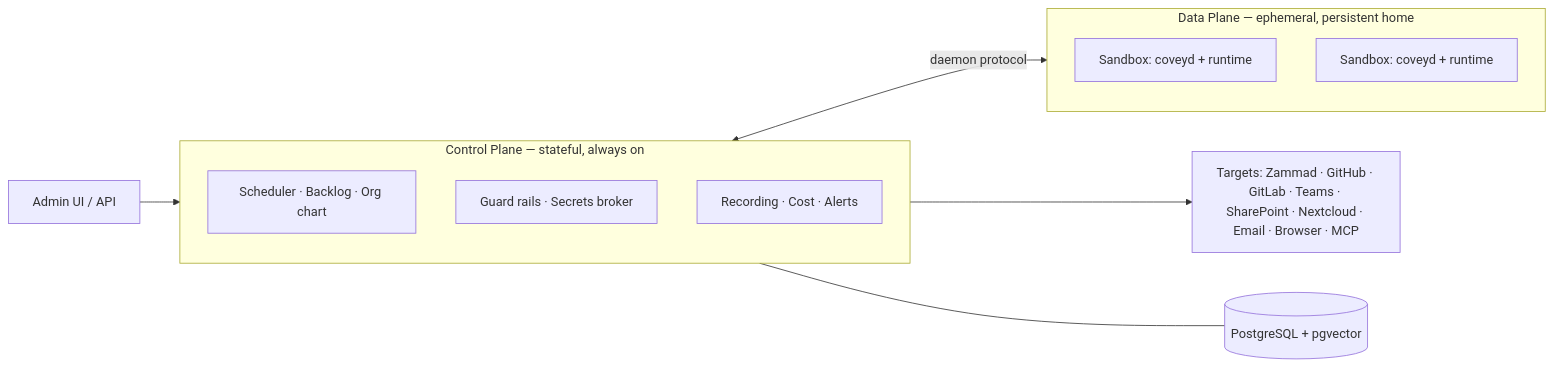
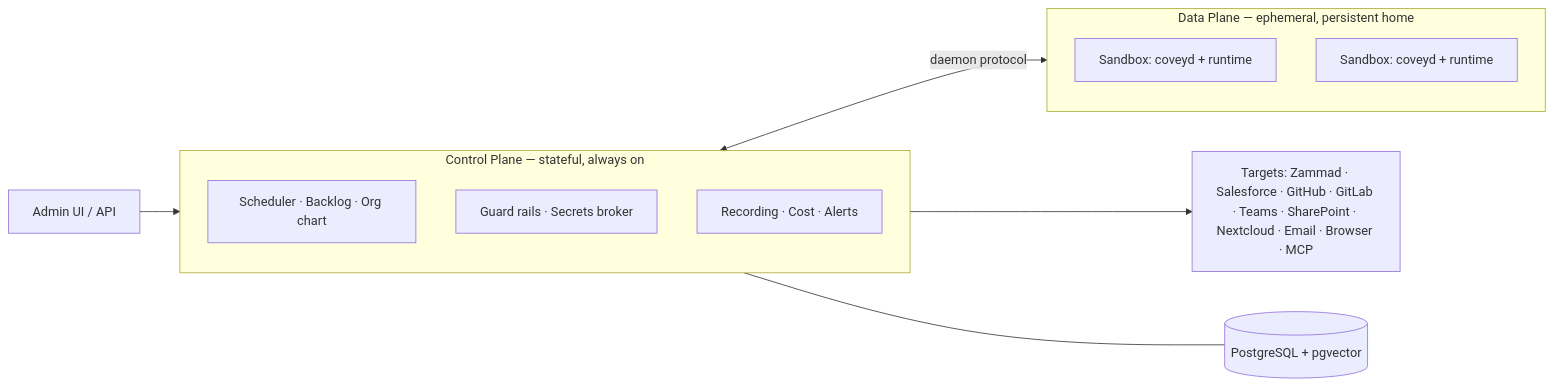
Before and after one commit to benjaminLedel/covey: the diagram in README.md, drawn with Mermaid. The commit also changed other lines of this file and 9 other files, not shown here.

````diff
--- a/README.md
+++ b/README.md
@@ -110,21 +110,21 @@
 ```mermaid
 flowchart LR
     UI["Admin UI / API"] --> CP
 
     subgraph CP["Control Plane — stateful, always on"]
         direction TB
         SCHED["Scheduler · Backlog · Org chart"]
         GUARD["Guard rails · Secrets broker"]
         OBS["Recording · Cost · Alerts"]
     end
 
     subgraph DP["Data Plane — ephemeral, persistent home"]
         direction TB
         S1["Sandbox: coveyd + runtime"]
         S2["Sandbox: coveyd + runtime"]
     end
 
     CP <-->|daemon protocol| DP
-    CP --> TS["Targets: Zammad · GitHub · GitLab · Teams · SharePoint · Nextcloud · Email · Browser · MCP"]
+    CP --> TS["Targets: Zammad · Salesforce · GitHub · GitLab · Teams · SharePoint · Nextcloud · Email · Browser · MCP"]
     CP --- DB[("PostgreSQL + pgvector")]
 ```
````
